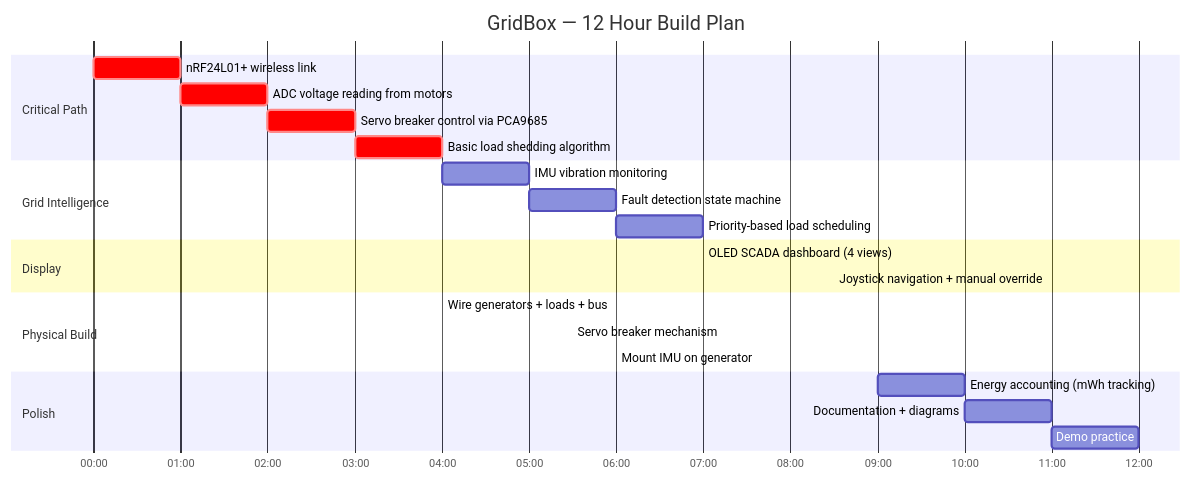
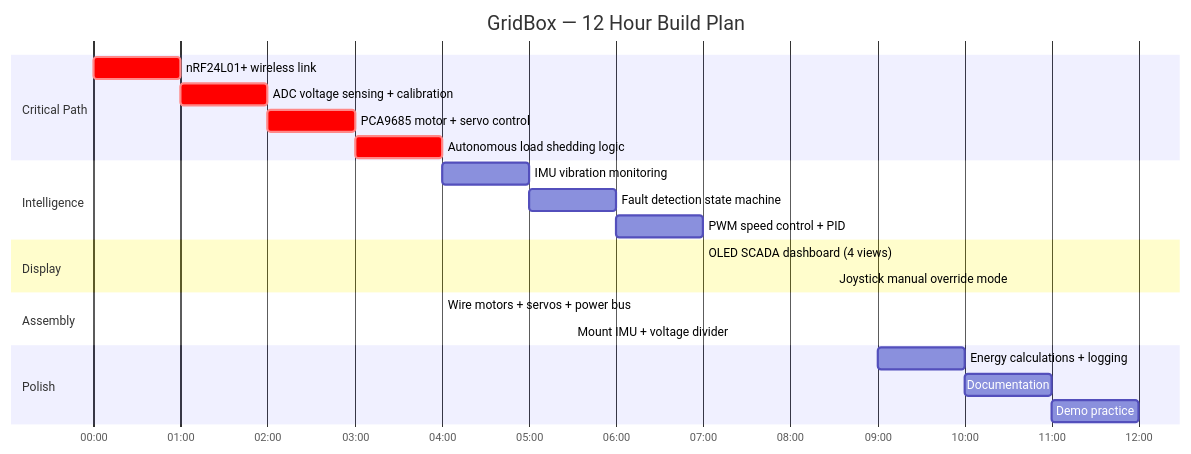
Before and after one commit to doyun-gu/hack-a-bot-2026: diagram 11 of 11 in docs/gridbox-proposal.md, drawn with Mermaid. The commit also changed other lines of this file, not shown here.

First line of the commit message:
Revise GridBox: power input assumed, motors as actuators

````diff
--- a/docs/gridbox-proposal.md
+++ b/docs/gridbox-proposal.md
@@ -588,31 +465,30 @@
 ```mermaid
 gantt
     title GridBox — 12 Hour Build Plan
     dateFormat HH:mm
     axisFormat %H:%M
 
     section Critical Path
     nRF24L01+ wireless link              :crit, 00:00, 1h
-    ADC voltage reading from motors      :crit, 01:00, 1h
-    Servo breaker control via PCA9685    :crit, 02:00, 1h
-    Basic load shedding algorithm        :crit, 03:00, 1h
+    ADC voltage sensing + calibration    :crit, 01:00, 1h
+    PCA9685 motor + servo control        :crit, 02:00, 1h
+    Autonomous load shedding logic       :crit, 03:00, 1h
 
-    section Grid Intelligence
+    section Intelligence
     IMU vibration monitoring             :04:00, 1h
     Fault detection state machine        :05:00, 1h
-    Priority-based load scheduling       :06:00, 1h
+    PWM speed control + PID              :06:00, 1h
 
     section Display
     OLED SCADA dashboard (4 views)       :07:00, 1h30min
-    Joystick navigation + manual override:08:30, 30min
+    Joystick manual override mode        :08:30, 30min
 
-    section Physical Build
-    Wire generators + loads + bus        :04:00, 1h30min
-    Servo breaker mechanism              :05:30, 30min
-    Mount IMU on generator               :06:00, 15min
+    section Assembly
+    Wire motors + servos + power bus     :04:00, 1h30min
+    Mount IMU + voltage divider          :05:30, 30min
 
     section Polish
-    Energy accounting (mWh tracking)     :09:00, 1h
-    Documentation + diagrams             :10:00, 1h
+    Energy calculations + logging        :09:00, 1h
+    Documentation                        :10:00, 1h
     Demo practice                        :11:00, 1h
 ```
````
